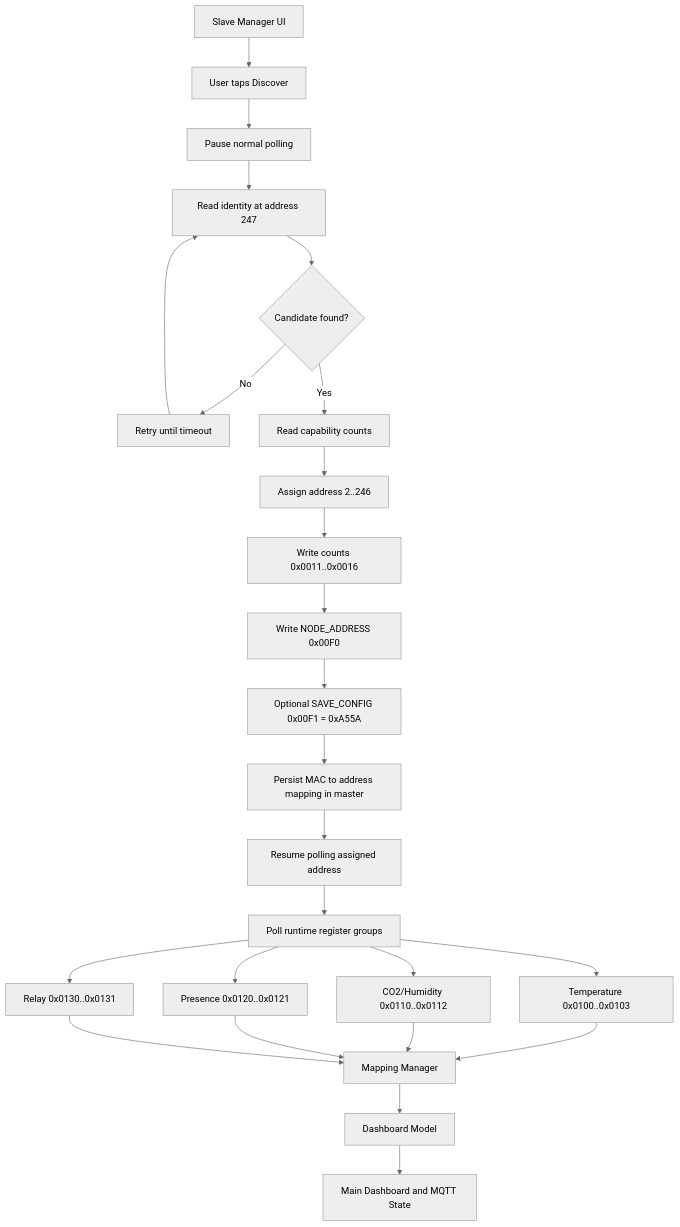
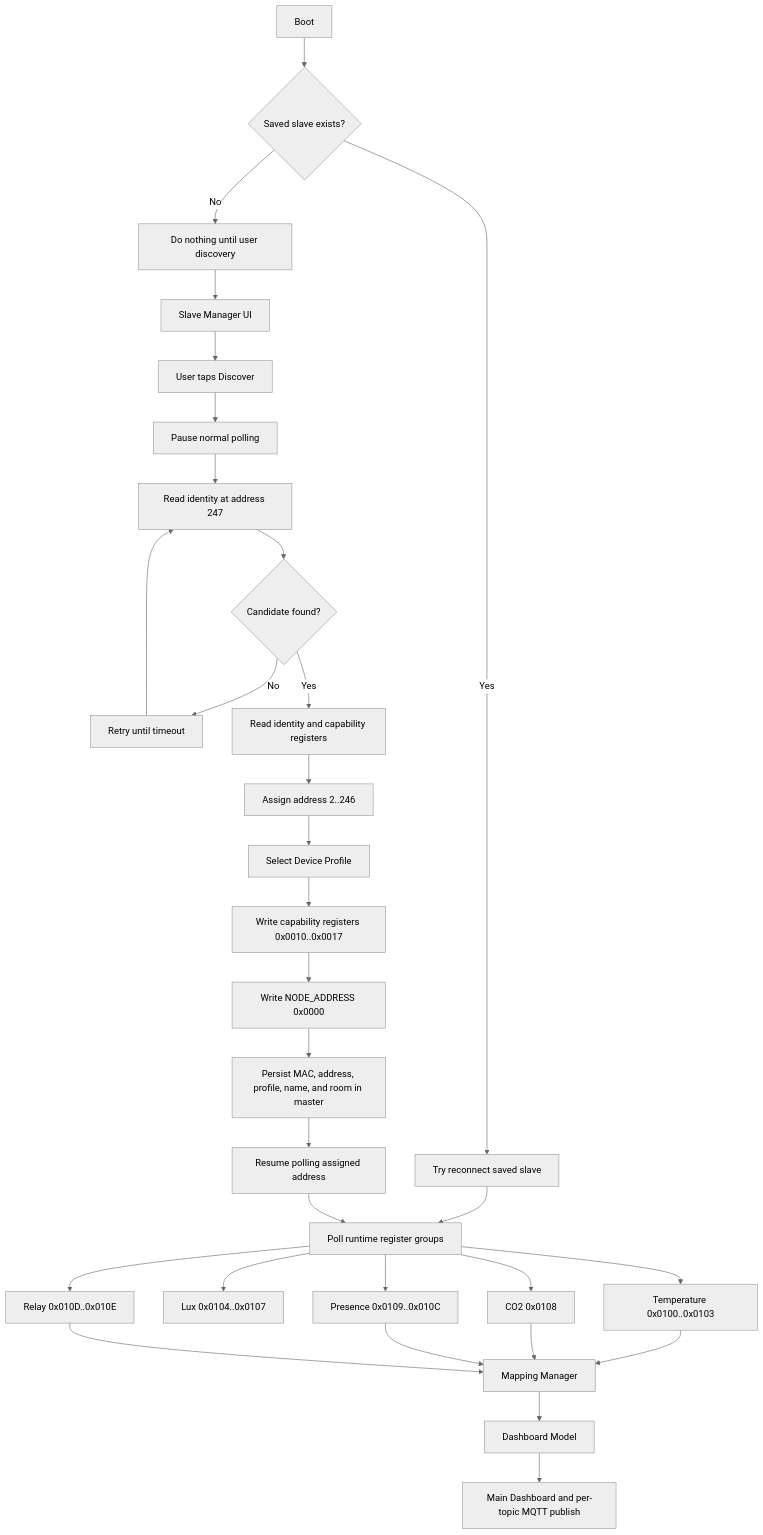
One commit to hazzma/smartbuilding-Serial-Master changed the third of 3 diagrams in README.md. Above: the diagram before and after it, drawn with Mermaid (neutral theme). The commit also changed other lines of this file and 19 other files, not shown here.

````diff
--- a/README.md
+++ b/README.md
@@ -107,28 +144,37 @@
 ```mermaid
+%% EDIT_TARGET: README.md - Connectivity Flow RS485 Modbus
+%% EDIT_PURPOSE: Document Firmware V2 saved-slave reconnect and slave pairing flow
+%% EDIT_REASON: Master must reconnect saved slaves first and use the agreed v2.1 slave contract
 flowchart TD
-    SlaveManager[Slave Manager UI] --> DiscoverRequest[User taps Discover]
+    Boot[Boot] --> CheckSaved{Saved slave exists?}
+    CheckSaved -->|Yes| TryReconnect[Try reconnect saved slave]
+    CheckSaved -->|No| NoAction[Do nothing until user discovery]
+    TryReconnect --> PollGroups[Poll runtime register groups]
+    NoAction --> SlaveManager[Slave Manager UI]
+    SlaveManager --> DiscoverRequest[User taps Discover]
     DiscoverRequest --> PausePolling[Pause normal polling]
     PausePolling --> Read247[Read identity at address 247]
     Read247 --> Candidate{Candidate found?}
     Candidate -->|No| Retry[Retry until timeout]
     Retry --> Read247
-    Candidate -->|Yes| ReadCaps[Read capability counts]
+    Candidate -->|Yes| ReadCaps[Read identity and capability registers]
     ReadCaps --> Assign[Assign address 2..246]
-    Assign --> WriteCounts[Write counts 0x0011..0x0016]
-    WriteCounts --> WriteAddress[Write NODE_ADDRESS 0x00F0]
-    WriteAddress --> SaveConfig[Optional SAVE_CONFIG 0x00F1 = 0xA55A]
-    SaveConfig --> Persist[Persist MAC to address mapping in master]
+    Assign --> SelectProfile[Select Device Profile]
+    SelectProfile --> WriteCaps[Write capability registers 0x0010..0x0017]
+    WriteCaps --> WriteAddress[Write NODE_ADDRESS 0x0000]
+    WriteAddress --> Persist[Persist MAC, address, profile, name, and room in master]
     Persist --> ResumePolling[Resume polling assigned address]
 
     ResumePolling --> PollGroups[Poll runtime register groups]
     PollGroups --> Temp[Temperature 0x0100..0x0103]
-    PollGroups --> Air[CO2/Humidity 0x0110..0x0112]
-    PollGroups --> Presence[Presence 0x0120..0x0121]
-    PollGroups --> Relay[Relay 0x0130..0x0131]
+    PollGroups --> Lux[Lux 0x0104..0x0107]
+    PollGroups --> Air[CO2 0x0108]
+    PollGroups --> Presence[Presence 0x0109..0x010C]
+    PollGroups --> Relay[Relay 0x010D..0x010E]
     Temp --> Mapping[Mapping Manager]
     Air --> Mapping
     Presence --> Mapping
     Relay --> Mapping
     Mapping --> DashboardModel[Dashboard Model]
-    DashboardModel --> Dashboard[Main Dashboard and MQTT State]
+    DashboardModel --> Dashboard[Main Dashboard and per-topic MQTT publish]
 ```
````
